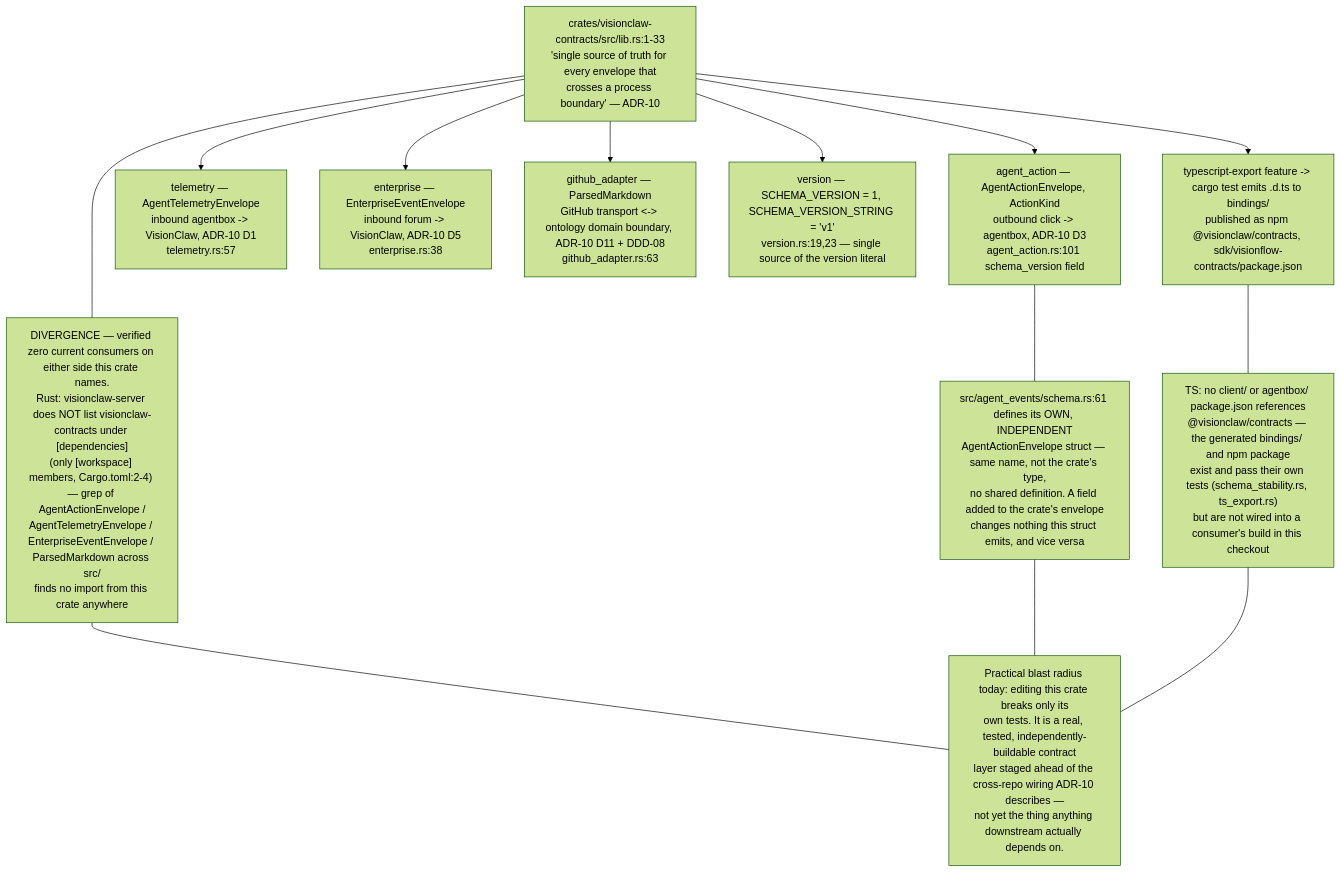
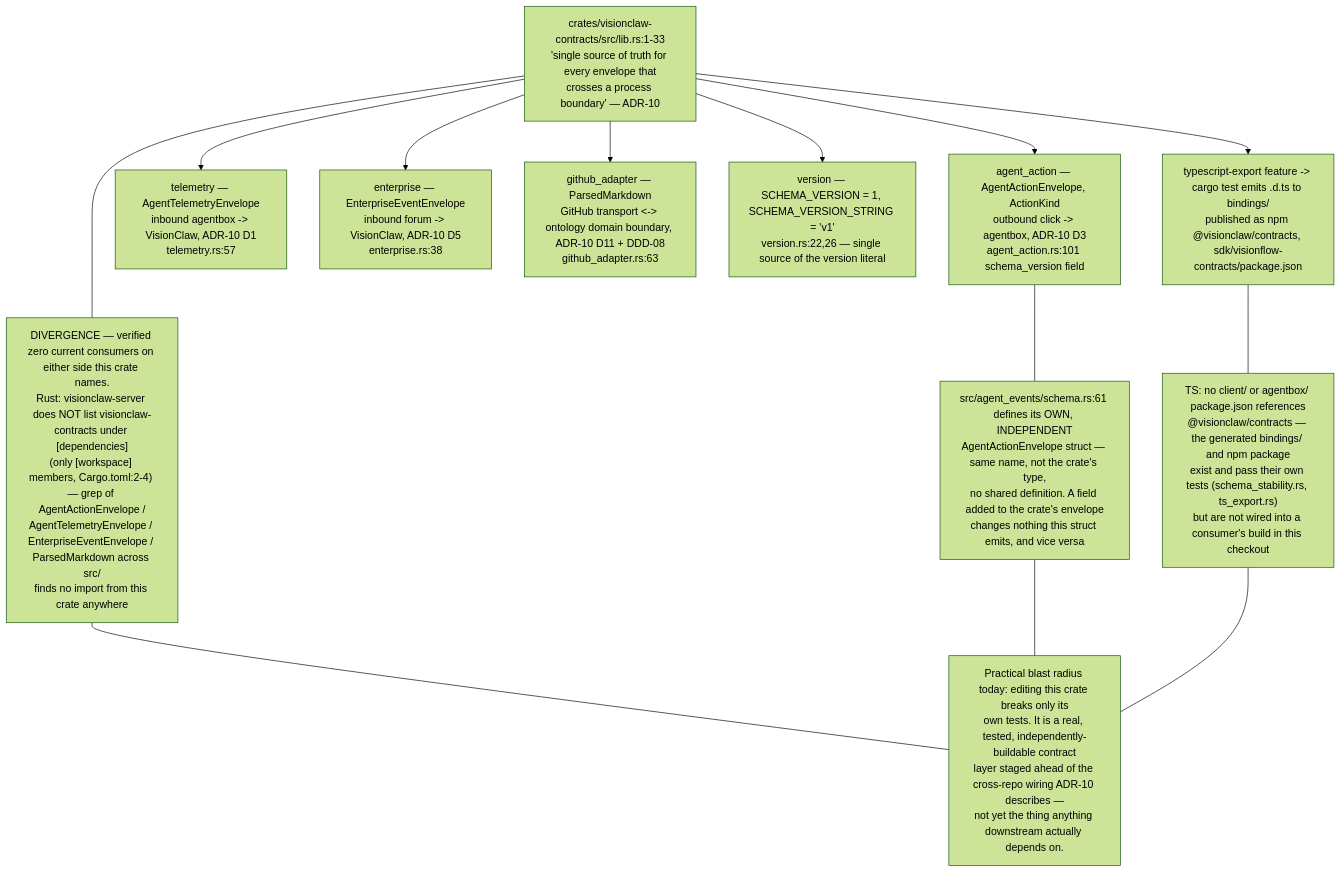
Diagram 12 of 12 in docs/diagrams/visionclaw/07-hexagonal-ports-and-crates.md (DreamLab-AI/VisionFlow), drawn with Mermaid (forest theme) before and after one commit. The commit also changed other lines of this file and 52 other files, not shown here.

First line of the commit message:
docs(diagrams): wave 3 checkpoint — bare line refs resolved, revision-pinned cite-check, VC-05/AB-01..13 re-attested

````diff
--- a/docs/diagrams/visionclaw/07-hexagonal-ports-and-crates.md
+++ b/docs/diagrams/visionclaw/07-hexagonal-ports-and-crates.md
@@ -430,21 +430,21 @@
 ```mermaid
 flowchart TB
     LIB["crates/visionclaw-contracts/src/lib.rs:1-33<br/>'single source of truth for every envelope that<br/>crosses a process boundary' — ADR-10"]
     LIB --> M1["agent_action — AgentActionEnvelope, ActionKind<br/>outbound click -> agentbox, ADR-10 D3<br/>agent_action.rs:101 schema_version field"]
     LIB --> M2["telemetry — AgentTelemetryEnvelope<br/>inbound agentbox -> VisionClaw, ADR-10 D1<br/>telemetry.rs:57"]
     LIB --> M3["enterprise — EnterpriseEventEnvelope<br/>inbound forum -> VisionClaw, ADR-10 D5<br/>enterprise.rs:38"]
     LIB --> M4["github_adapter — ParsedMarkdown<br/>GitHub transport <-> ontology domain boundary, ADR-10 D11 + DDD-08<br/>github_adapter.rs:63"]
-    LIB --> VER["version — SCHEMA_VERSION = 1, SCHEMA_VERSION_STRING = 'v1'<br/>version.rs:19,23 — single source of the version literal"]
+    LIB --> VER["version — SCHEMA_VERSION = 1, SCHEMA_VERSION_STRING = 'v1'<br/>version.rs:22,26 — single source of the version literal"]
     LIB --> TS["typescript-export feature -> cargo test emits .d.ts to bindings/<br/>published as npm @visionclaw/contracts, sdk/visionflow-contracts/package.json"]
 
     N1["DIVERGENCE — verified zero current consumers on either side this crate names.<br/>Rust: visionclaw-server does NOT list visionclaw-contracts under [dependencies]<br/>(only [workspace] members, Cargo.toml:2-4) — grep of AgentActionEnvelope /<br/>AgentTelemetryEnvelope / EnterpriseEventEnvelope / ParsedMarkdown across src/<br/>finds no import from this crate anywhere"]
     LIB --- N1
     N2["src/agent_events/schema.rs:61 defines its OWN, INDEPENDENT<br/>AgentActionEnvelope struct — same name, not the crate's type,<br/>no shared definition. A field added to the crate's envelope<br/>changes nothing this struct emits, and vice versa"]
     M1 --- N2
     N3["TS: no client/ or agentbox/ package.json references<br/>@visionclaw/contracts — the generated bindings/ and npm package<br/>exist and pass their own tests (schema_stability.rs, ts_export.rs)<br/>but are not wired into a consumer's build in this checkout"]
     TS --- N3
     N4["Practical blast radius today: editing this crate breaks only its<br/>own tests. It is a real, tested, independently-buildable contract<br/>layer staged ahead of the cross-repo wiring ADR-10 describes —<br/>not yet the thing anything downstream actually depends on."]
     N1 --- N4
     N2 --- N4
     N3 --- N4
 ```
````
